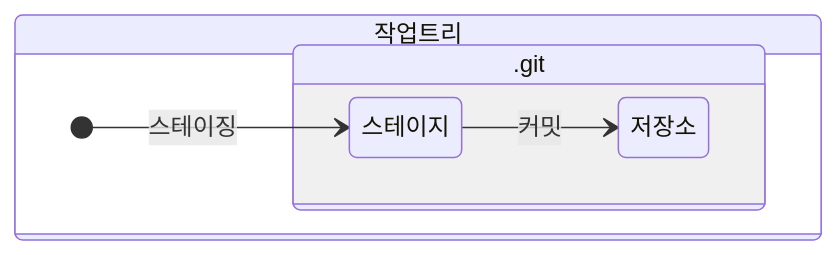
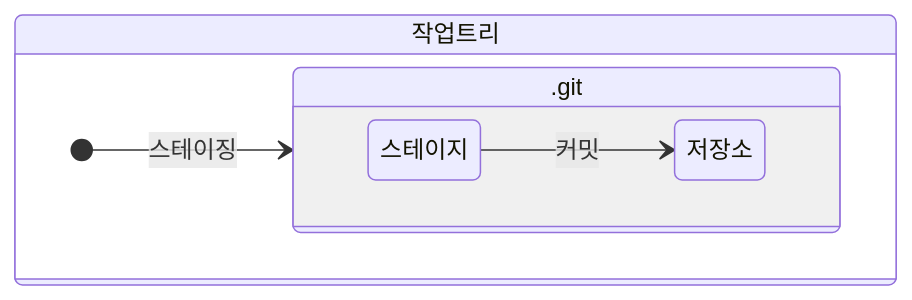
Before and after one commit to mingimouse/Git-Study: the diagram in git04.md, drawn with Mermaid.

Commit message:
change mermaid

````diff
--- a/git04.md
+++ b/git04.md
@@ -23,12 +23,12 @@
 ```mermaid
 stateDiagram
 	direction LR
 	state 작업트리{
 		direction LR
-		[*] --> 스테이지: 스테이징
+		[*] --> .git: 스테이징
 		state .git{
 			direction LR
 			스테이지 --> 저장소: 커밋
 		}
 	}
 ```
````
